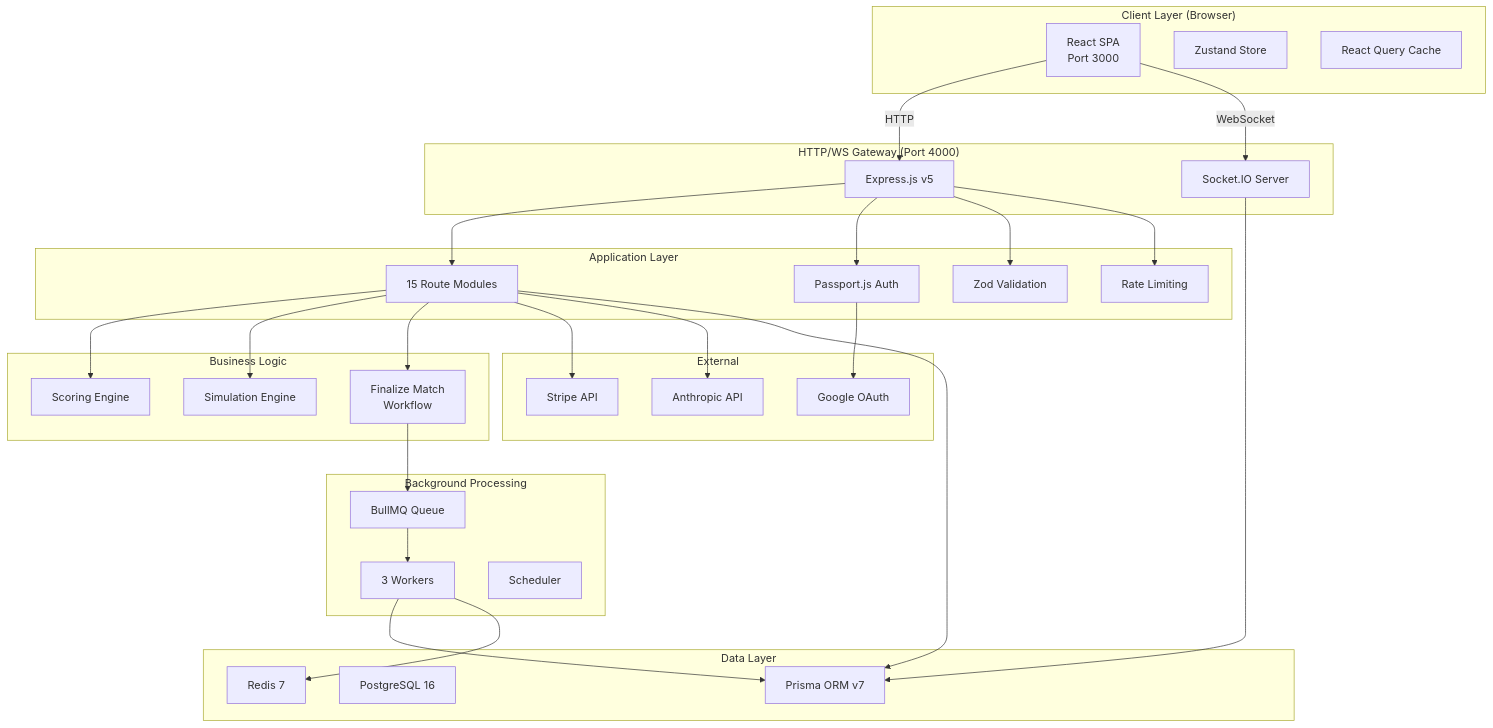
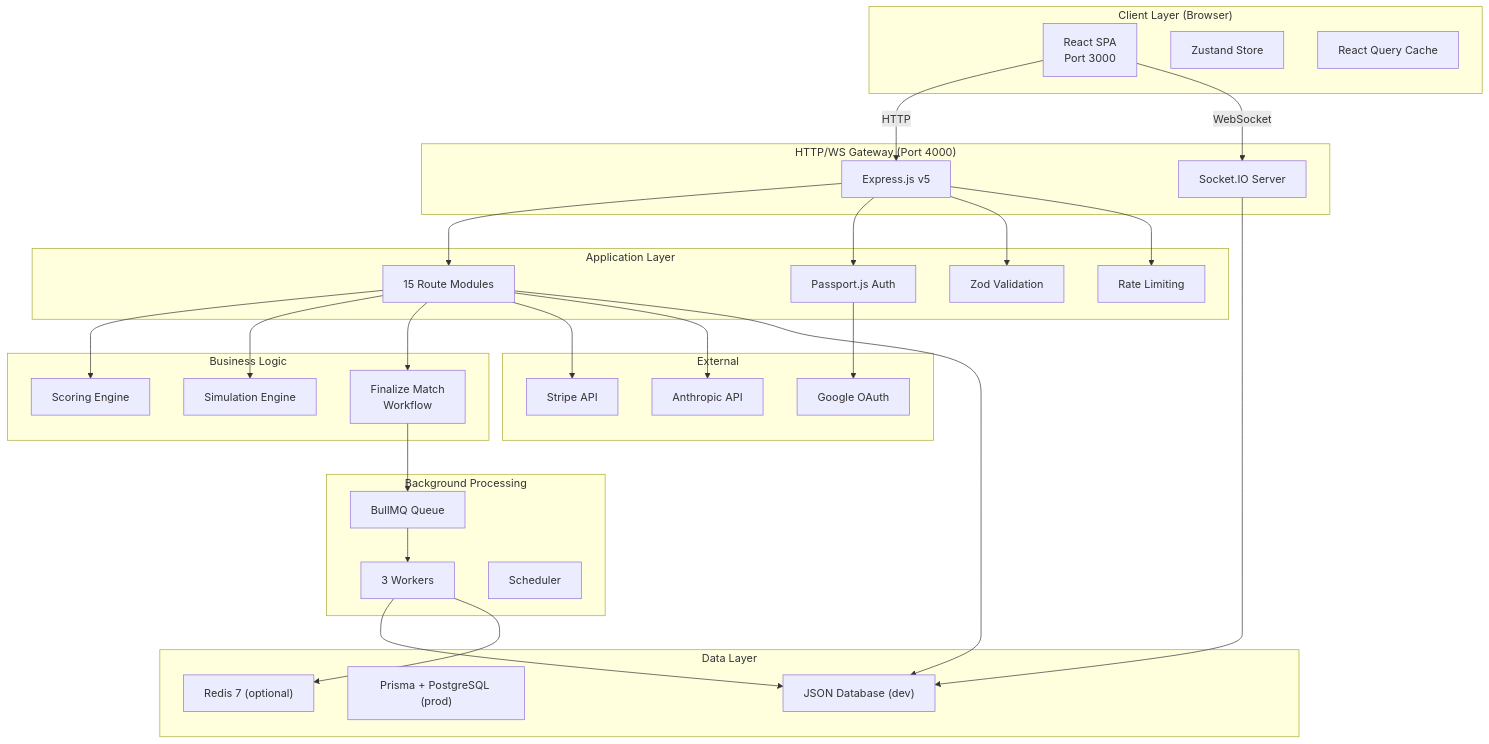
Before and after one commit to themanoj-025/Match-Mind: the first of 8 diagrams in PROJECT_OVERVIEW.md, drawn with Mermaid. The commit also changed other lines of this file and 2 other files, not shown here.

````diff
--- a/PROJECT_OVERVIEW.md
+++ b/PROJECT_OVERVIEW.md
@@ -823,63 +823,63 @@
 ```mermaid
 graph TB
     subgraph "Client Layer (Browser)"
         A["React SPA<br/>Port 3000"]
         B["Zustand Store"]
         C["React Query Cache"]
     end
 
     subgraph "HTTP/WS Gateway (Port 4000)"
         D["Express.js v5"]
         E["Socket.IO Server"]
     end
 
     subgraph "Application Layer"
         F["15 Route Modules"]
         G["Passport.js Auth"]
         H["Zod Validation"]
         I["Rate Limiting"]
     end
 
     subgraph "Business Logic"
         J["Scoring Engine"]
         K["Simulation Engine"]
         L["Finalize Match<br/>Workflow"]
     end
 
     subgraph "Background Processing"
         M["BullMQ Queue"]
         N["3 Workers"]
         O["Scheduler"]
     end
 
     subgraph "Data Layer"
-        P["Prisma ORM v7"]
-        Q["PostgreSQL 16"]
-        R["Redis 7"]
+        P["JSON Database (dev)"]
+        Q["Prisma + PostgreSQL (prod)"]
+        R["Redis 7 (optional)"]
     end
 
     subgraph "External"
         S["Stripe API"]
         T["Anthropic API"]
         U["Google OAuth"]
     end
 
     A -->|HTTP| D
     A -->|WebSocket| E
     D --> F
     D --> G
     D --> H
     D --> I
     F --> J
     F --> K
     F --> L
     F --> S
     F --> T
     L --> M
     M --> N
     N --> P
     N --> R
     F --> P
     E --> P
     G --> U
 ```
````
